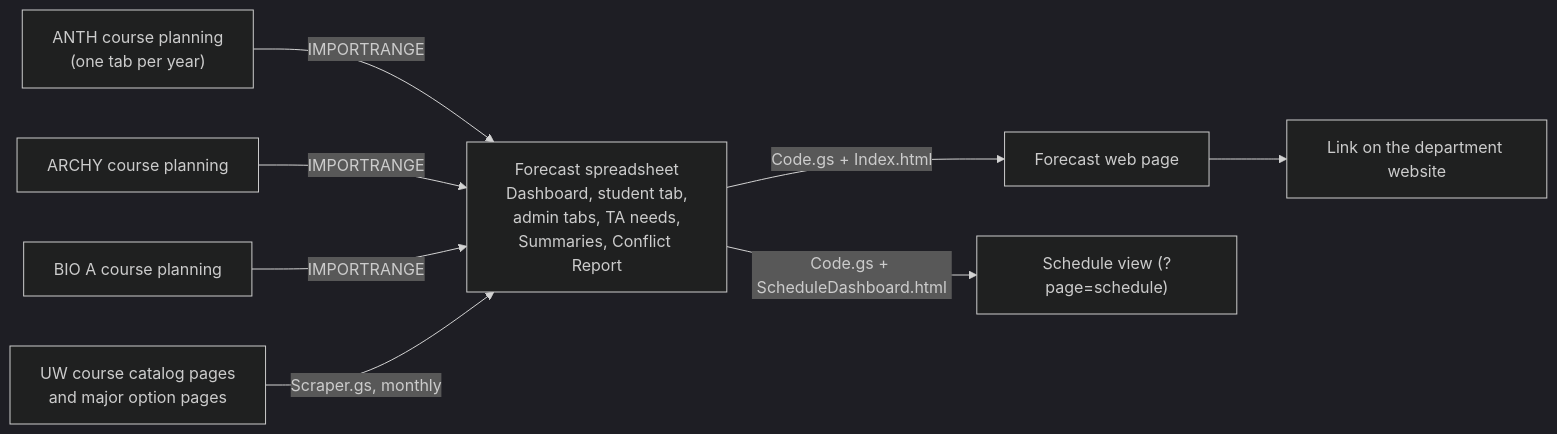
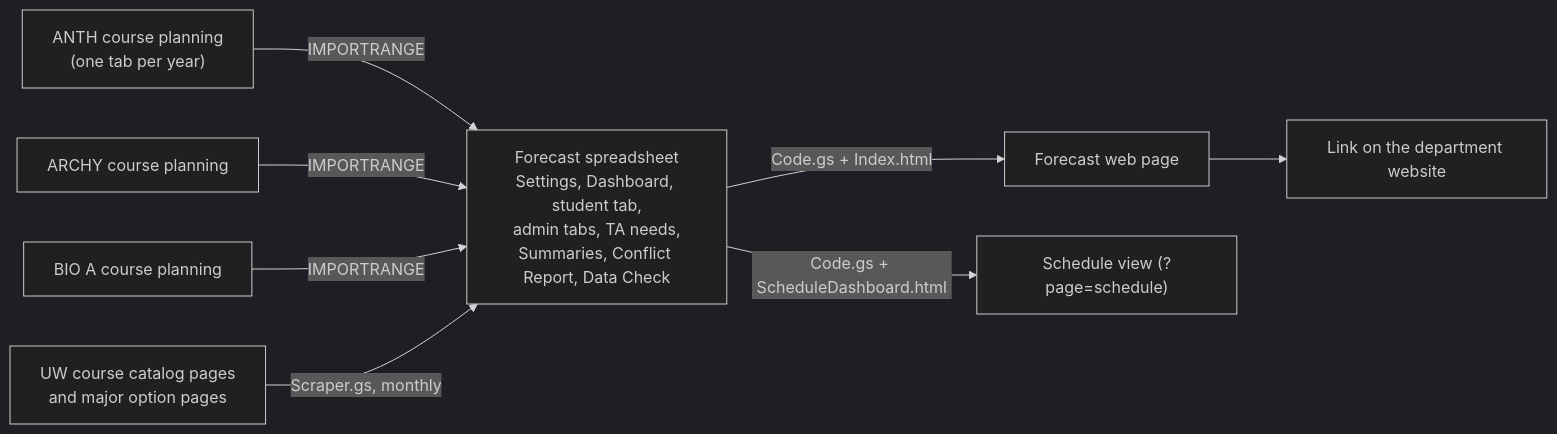
The diagram in curriculum-forcast-public-page/README.md (benmarwick/uw-anthro-web-helpers), drawn with Mermaid (dark theme) before and after one commit. The commit also changed other lines of this file and 7 other files, not shown here.

````diff
--- a/curriculum-forcast-public-page/README.md
+++ b/curriculum-forcast-public-page/README.md
@@ -34,10 +44,10 @@
 ``` mermaid
 flowchart LR
   P1["ANTH course planning<br/>(one tab per year)"] -->|IMPORTRANGE| F
   P2["ARCHY course planning"] -->|IMPORTRANGE| F
   P3["BIO A course planning"] -->|IMPORTRANGE| F
   C["UW course catalog pages<br/>and major option pages"] -->|Scraper.gs, monthly| F
-  F["Forecast spreadsheet<br/>Dashboard, student tab,<br/>admin tabs, TA needs,<br/>Summaries, Conflict Report"] -->|Code.gs + Index.html| W["Forecast web page"]
+  F["Forecast spreadsheet<br/>Settings, Dashboard, student tab,<br/>admin tabs, TA needs,<br/>Summaries, Conflict Report, Data Check"] -->|Code.gs + Index.html| W["Forecast web page"]
   F -->|Code.gs + ScheduleDashboard.html| S["Schedule view (?page=schedule)"]
   W --> D["Link on the department website"]
 ```
````
